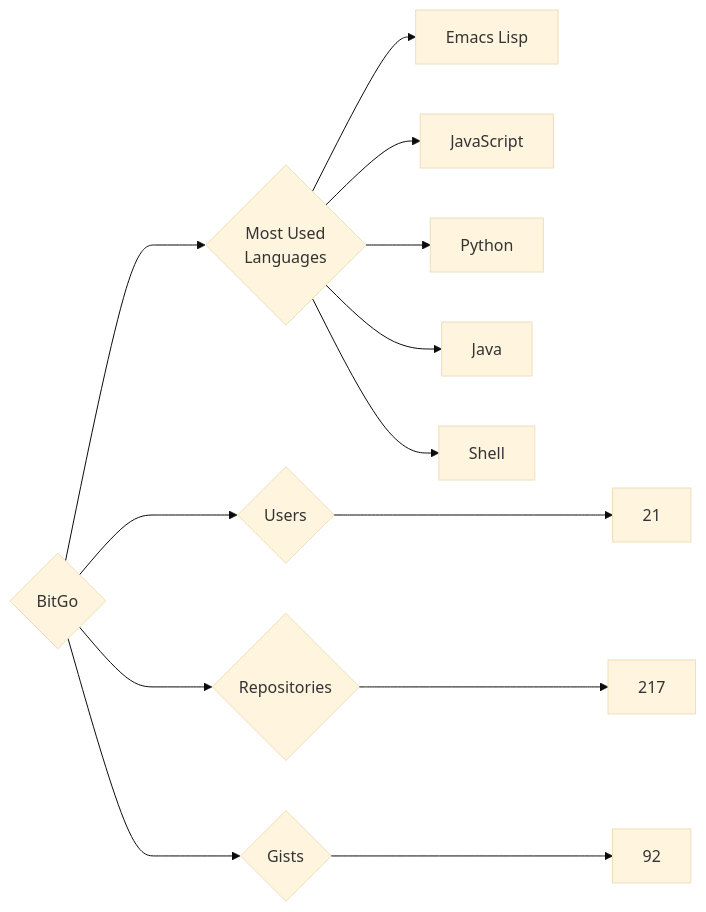
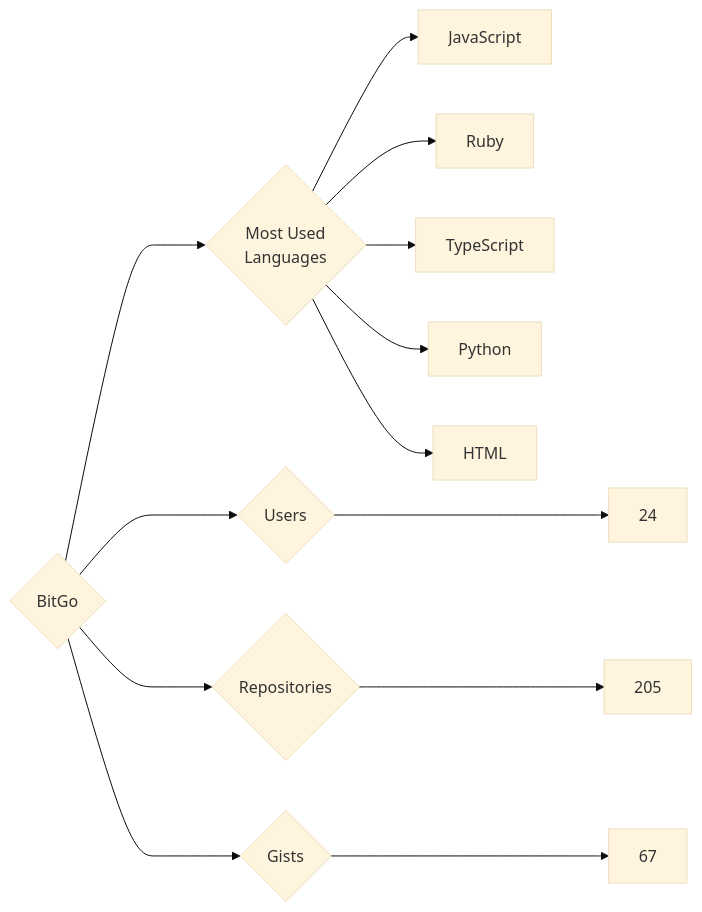
The diagram in targets/BitGo/README.md (trickest/insiders), drawn with Mermaid (base theme) before and after one commit. The commit also changed 749 other files, not shown here.

````diff
--- a/targets/BitGo/README.md
+++ b/targets/BitGo/README.md
@@ -3,13 +3,13 @@
 ```mermaid
 graph LR
 COMPANY_NAME{BitGo}
-COMPANY_NAME ---> U{Users} ---> UN[21]
-COMPANY_NAME ---> R{Repositories} ---> RN[217]
-COMPANY_NAME ---> G{Gists} ---> GN[92]
+COMPANY_NAME ---> U{Users} ---> UN[24]
+COMPANY_NAME ---> R{Repositories} ---> RN[205]
+COMPANY_NAME ---> G{Gists} ---> GN[67]
 COMPANY_NAME ---> ML{Most Used<br>Languages}
-ML --> Emacs_Lisp[Emacs Lisp]
 ML --> JavaScript[JavaScript]
+ML --> Ruby[Ruby]
+ML --> TypeScript[TypeScript]
 ML --> Python[Python]
-ML --> Java[Java]
-ML --> Shell[Shell]
+ML --> HTML[HTML]
 ```
````
